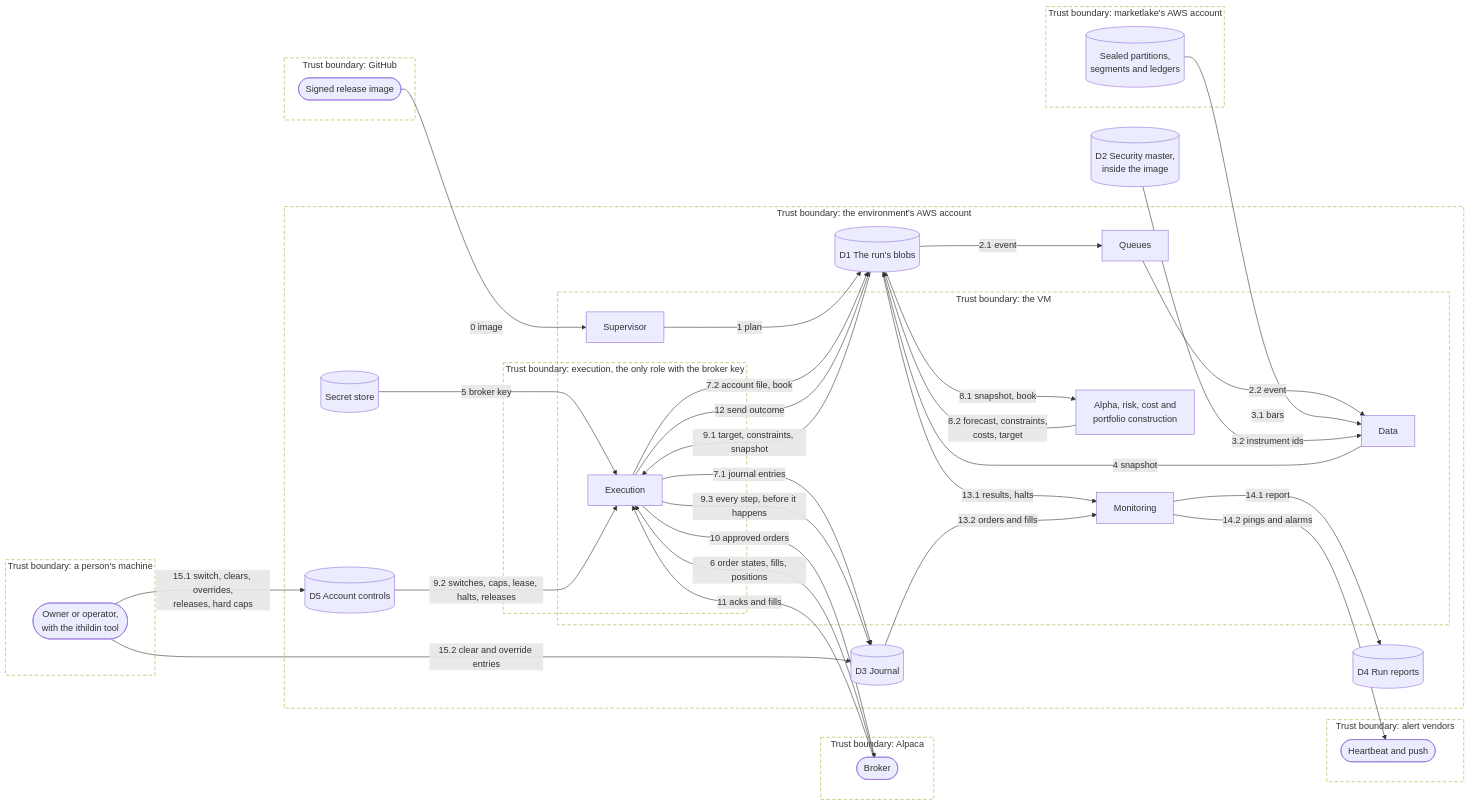
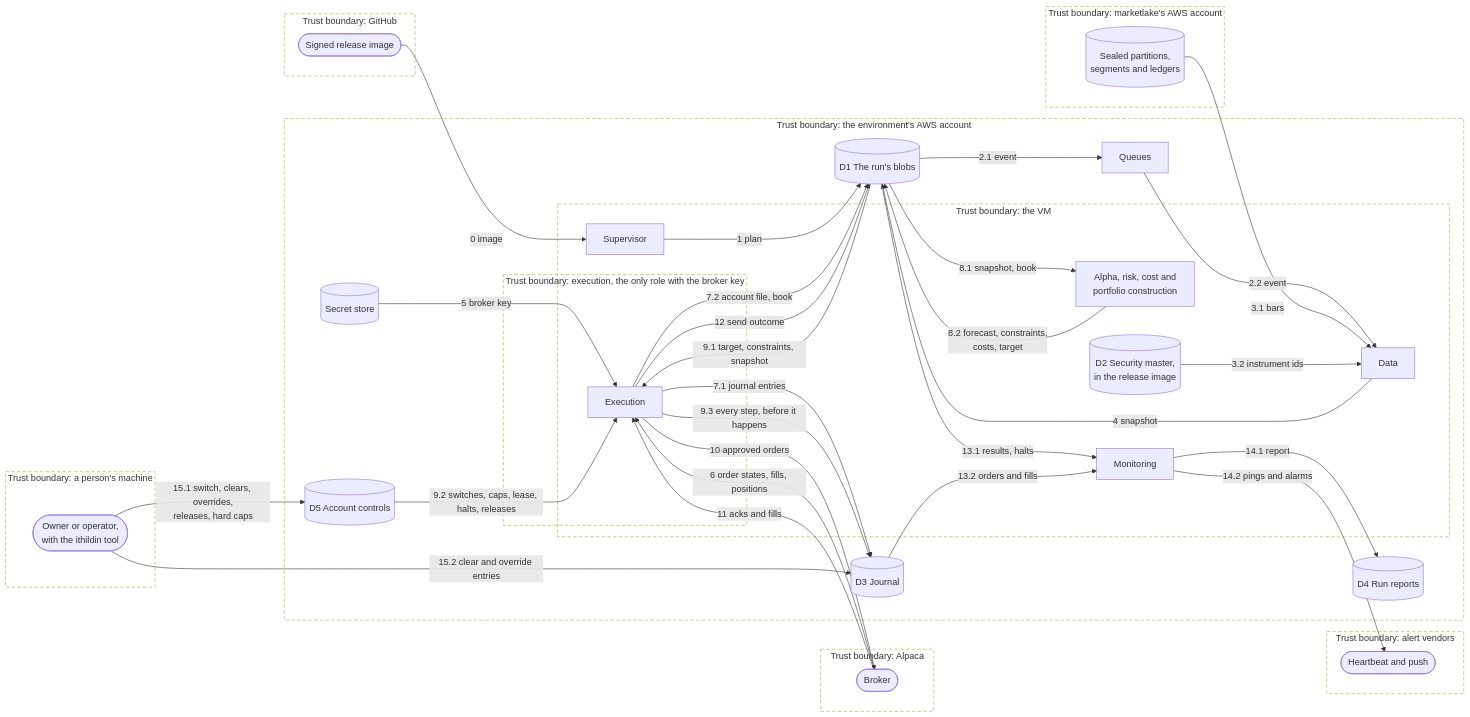
Before and after one commit to l3a0/ithildin-runtime: diagram 12 of 29 in docs/architecture.md, drawn with Mermaid.

Commit message:
docs: draw the security master inside the VM's boundary

````diff
--- a/docs/architecture.md
+++ b/docs/architecture.md
@@ -672,65 +672,65 @@
 ```mermaid
 flowchart LR
     subgraph tb_person["Trust boundary: a person's machine"]
         person(["Owner or operator,<br/>with the ithildin tool"])
     end
     subgraph tb_github["Trust boundary: GitHub"]
         registry(["Signed release image"])
     end
     subgraph tb_marketlake["Trust boundary: marketlake's AWS account"]
         lake[("Sealed partitions,<br/>segments and ledgers")]
     end
     subgraph tb_broker["Trust boundary: Alpaca"]
         brokerx(["Broker"])
     end
     subgraph tb_alert["Trust boundary: alert vendors"]
         alert(["Heartbeat and push"])
     end
     subgraph tb_account["Trust boundary: the environment's AWS account"]
         subgraph tb_vm["Trust boundary: the VM"]
             sup["Supervisor"]
             data["Data"]
             models["Alpha, risk, cost and<br/>portfolio construction"]
             mon["Monitoring"]
+            d2[("D2 Security master,<br/>in the release image")]
             subgraph tb_exec["Trust boundary: execution, the only role with the broker key"]
                 exec["Execution"]
             end
         end
         queue["Queues"]
         secret[("Secret store")]
         d1[("D1 The run's blobs")]
         d3[("D3 Journal")]
         d4[("D4 Run reports")]
         d5[("D5 Account controls")]
     end
-    d2[("D2 Security master,<br/>inside the image")]
 
     registry -->|"0 image"| sup
     sup -->|"1 plan"| d1
     d1 -->|"2.1 event"| queue
     queue -->|"2.2 event"| data
     lake -->|"3.1 bars"| data
     d2 -->|"3.2 instrument ids"| data
     data -->|"4 snapshot"| d1
     secret -->|"5 broker key"| exec
     brokerx -->|"6 order states, fills, positions"| exec
     exec -->|"7.1 journal entries"| d3
     exec -->|"7.2 account file, book"| d1
     d1 -->|"8.1 snapshot, book"| models
     models -->|"8.2 forecast, constraints,<br/>costs, target"| d1
     d1 -->|"9.1 target, constraints, snapshot"| exec
     d5 -->|"9.2 switches, caps, lease, halts, releases"| exec
     exec -->|"9.3 every step, before it happens"| d3
     exec -->|"10 approved orders"| brokerx
     brokerx -->|"11 acks and fills"| exec
     exec -->|"12 send outcome"| d1
     d1 -->|"13.1 results, halts"| mon
     d3 -->|"13.2 orders and fills"| mon
     mon -->|"14.1 report"| d4
     mon -->|"14.2 pings and alarms"| alert
     person -->|"15.1 switch, clears, overrides,<br/>releases, hard caps"| d5
     person -->|"15.2 clear and override entries"| d3
 
     classDef boundary fill:none,stroke-dasharray:6 4
     class tb_person,tb_github,tb_marketlake,tb_broker,tb_alert,tb_account,tb_vm,tb_exec boundary
 ```
````
